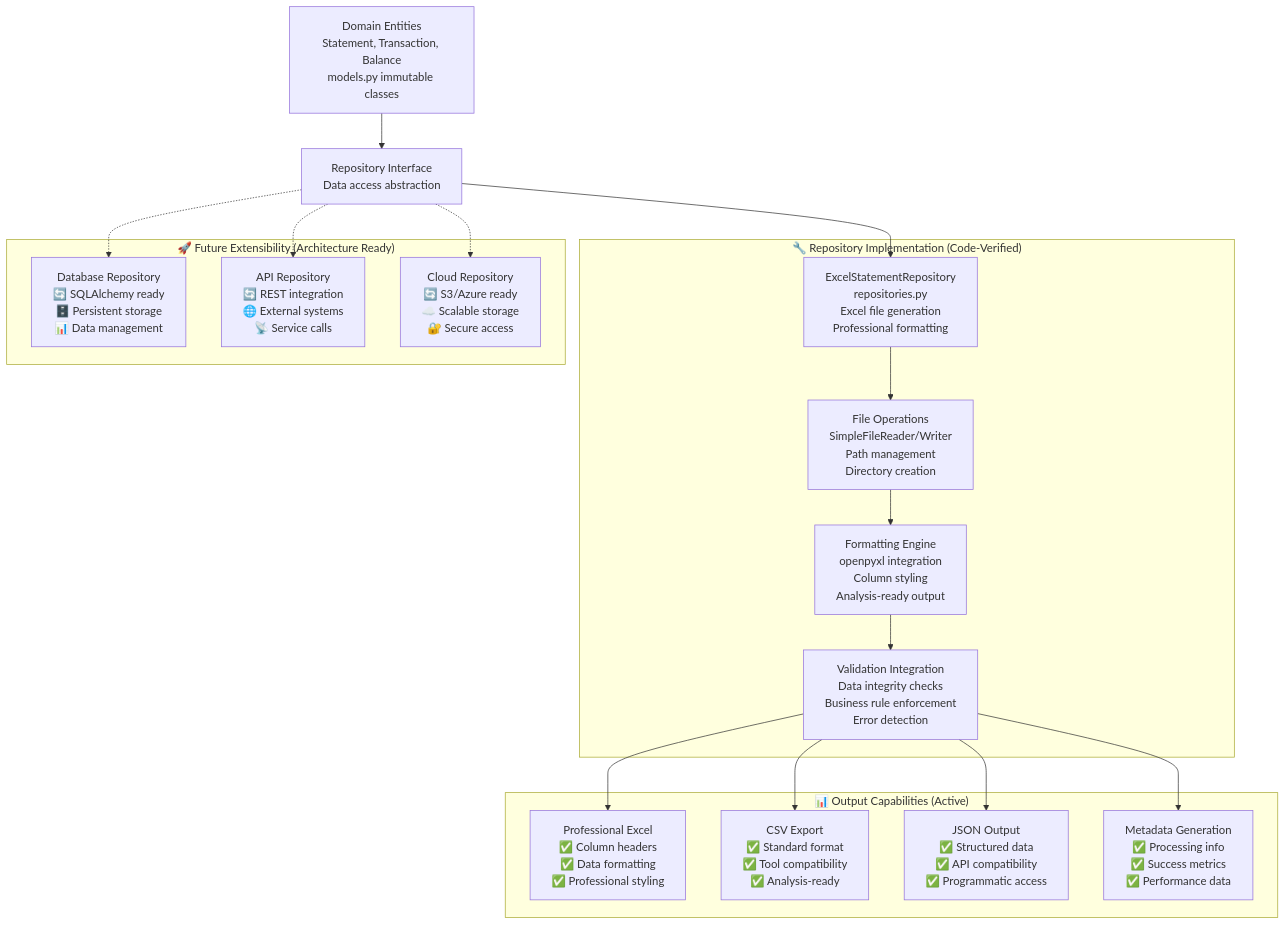
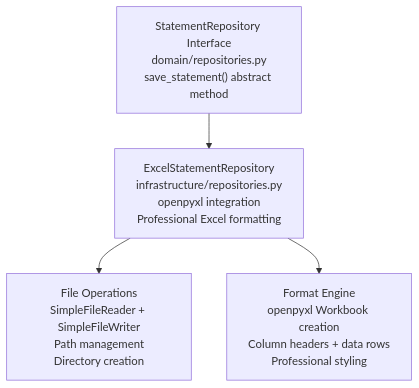
One commit to EduuardoPerez/financial-statement-processor changed the sixth of 9 diagrams in memory-bank/systemPatterns.md. Above: the diagram before and after it, drawn with Mermaid. The commit also changed other lines of this file and 6 other files, not shown here.

````diff
--- a/memory-bank/systemPatterns.md
+++ b/memory-bank/systemPatterns.md
@@ -227,46 +160,14 @@
 ```mermaid
-graph TD
-    DOMAIN_ENTITIES["Domain Entities<br/>Statement, Transaction, Balance<br/>models.py immutable classes"] --> REPOSITORY_INTERFACE["Repository Interface<br/>Data access abstraction"]
+graph TB
+    REPOSITORY_INTERFACE["StatementRepository Interface<br/>domain/repositories.py<br/>save_statement() abstract method"]
 
-    subgraph "🔧 Repository Implementation (Code-Verified)"
-        EXCEL_REPOSITORY["ExcelStatementRepository<br/>repositories.py<br/>Excel file generation<br/>Professional formatting"]
+    EXCEL_REPOSITORY["ExcelStatementRepository<br/>infrastructure/repositories.py<br/>openpyxl integration<br/>Professional Excel formatting"]
 
-        FILE_OPERATIONS["File Operations<br/>SimpleFileReader/Writer<br/>Path management<br/>Directory creation"]
+    FILE_OPERATIONS["File Operations<br/>SimpleFileReader + SimpleFileWriter<br/>Path management<br/>Directory creation"]
 
-        FORMAT_ENGINE["Formatting Engine<br/>openpyxl integration<br/>Column styling<br/>Analysis-ready output"]
-
-        VALIDATION_INTEGRATION["Validation Integration<br/>Data integrity checks<br/>Business rule enforcement<br/>Error detection"]
-    end
-
-    subgraph "📊 Output Capabilities (Active)"
-        EXCEL_OUTPUT["Professional Excel<br/>✅ Column headers<br/>✅ Data formatting<br/>✅ Professional styling"]
-
-        CSV_EXPORT["CSV Export<br/>✅ Standard format<br/>✅ Tool compatibility<br/>✅ Analysis-ready"]
-
-        JSON_EXPORT["JSON Output<br/>✅ Structured data<br/>✅ API compatibility<br/>✅ Programmatic access"]
-
-        METADATA_GEN["Metadata Generation<br/>✅ Processing info<br/>✅ Success metrics<br/>✅ Performance data"]
-    end
-
-    subgraph "🚀 Future Extensibility (Architecture Ready)"
-        DATABASE_REPO["Database Repository<br/>🔄 SQLAlchemy ready<br/>🗄️ Persistent storage<br/>📊 Data management"]
-
-        API_REPO["API Repository<br/>🔄 REST integration<br/>🌐 External systems<br/>📡 Service calls"]
-
-        CLOUD_REPO["Cloud Repository<br/>🔄 S3/Azure ready<br/>☁️ Scalable storage<br/>🔐 Secure access"]
-    end
+    FORMAT_ENGINE["Format Engine<br/>openpyxl Workbook creation<br/>Column headers + data rows<br/>Professional styling"]
 
     REPOSITORY_INTERFACE --> EXCEL_REPOSITORY
     EXCEL_REPOSITORY --> FILE_OPERATIONS
-    FILE_OPERATIONS --> FORMAT_ENGINE
-    FORMAT_ENGINE --> VALIDATION_INTEGRATION
-
-    VALIDATION_INTEGRATION --> EXCEL_OUTPUT
-    VALIDATION_INTEGRATION --> CSV_EXPORT
-    VALIDATION_INTEGRATION --> JSON_EXPORT
-    VALIDATION_INTEGRATION --> METADATA_GEN
-
-    REPOSITORY_INTERFACE -.-> DATABASE_REPO
-    REPOSITORY_INTERFACE -.-> API_REPO
-    REPOSITORY_INTERFACE -.-> CLOUD_REPO
+    EXCEL_REPOSITORY --> FORMAT_ENGINE
 ```
````
